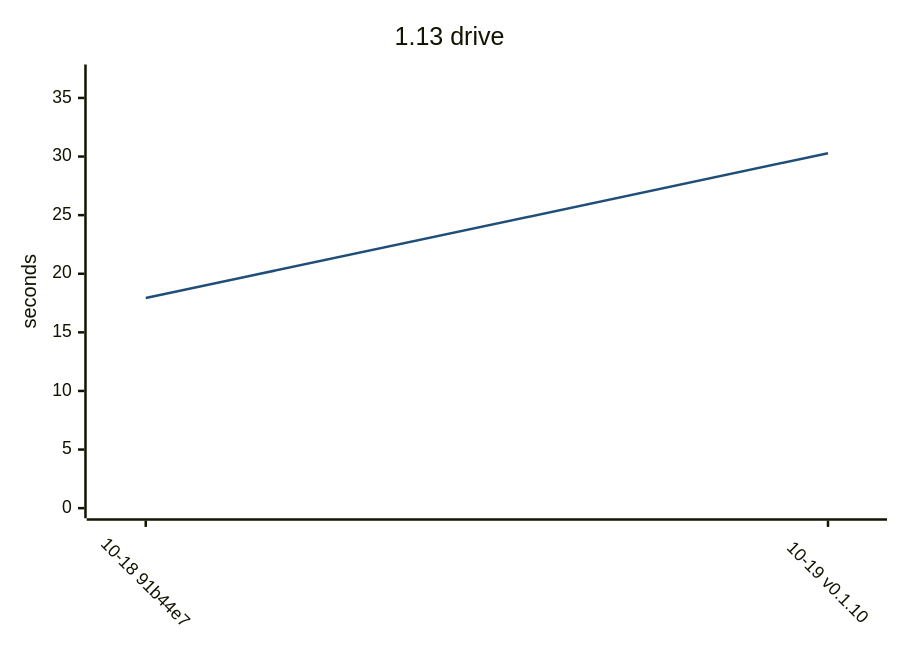
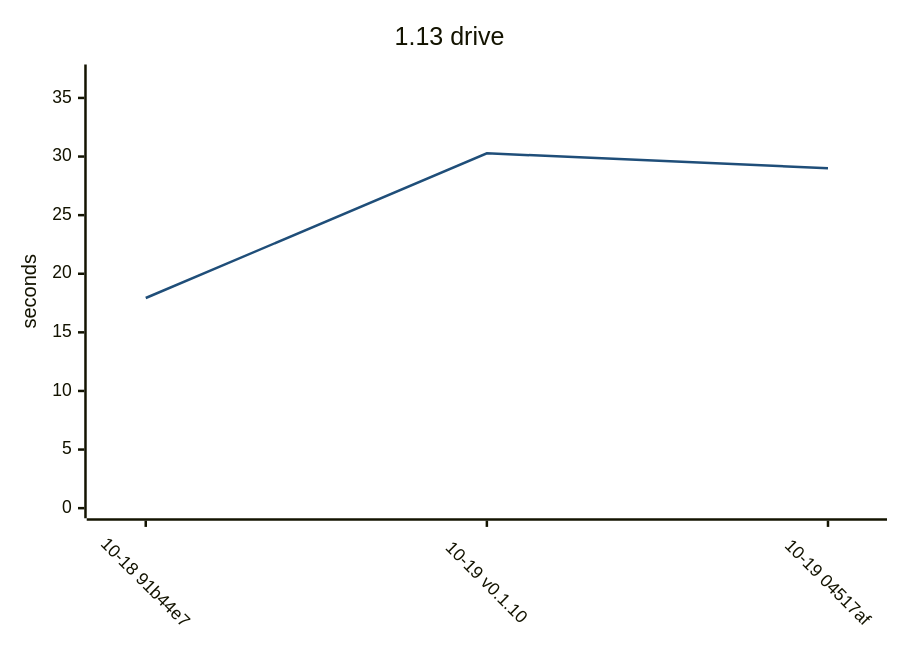
The third of 9 diagrams in README.md (yamanori99/DistSSHRun.jl), drawn with Mermaid before and after one commit. The commit also changed other lines of this file and 1 other file, not shown here.

````diff
--- a/README.md
+++ b/README.md
@@ -91,17 +88,17 @@
 ```mermaid
 ---
 config:
   theme: base
   themeVariables:
     xyChart:
       plotColorPalette: "#1f4e79"
   xyChart:
     xAxis:
       labelRotation: 45
 ---
 xychart-beta
     title "1.13 drive"
-    x-axis ["10-18 91b44e7", "10-19 v0.1.10"]
+    x-axis ["10-18 91b44e7", "10-19 v0.1.10", "10-19 04517af"]
     y-axis "seconds" 0 --> 37
-    line [17.93, 30.28]
+    line [17.93, 30.28, 29.01]
 ```
````
